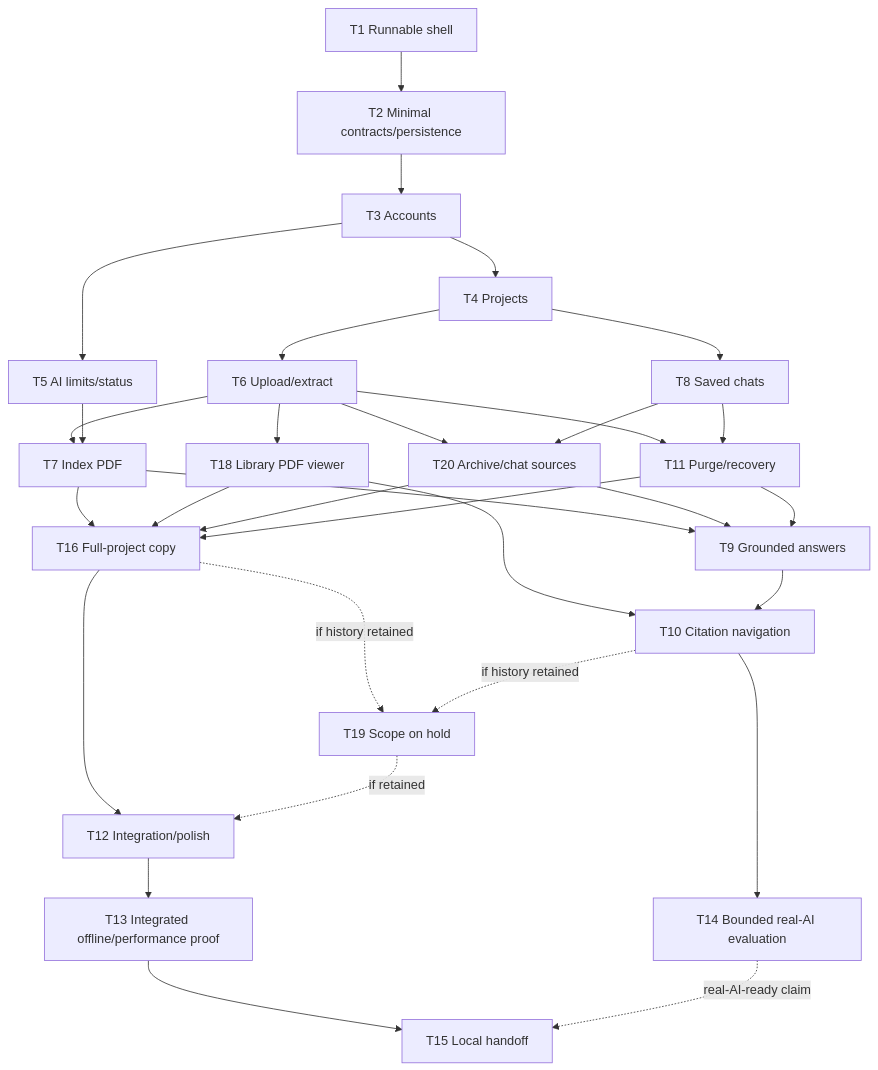
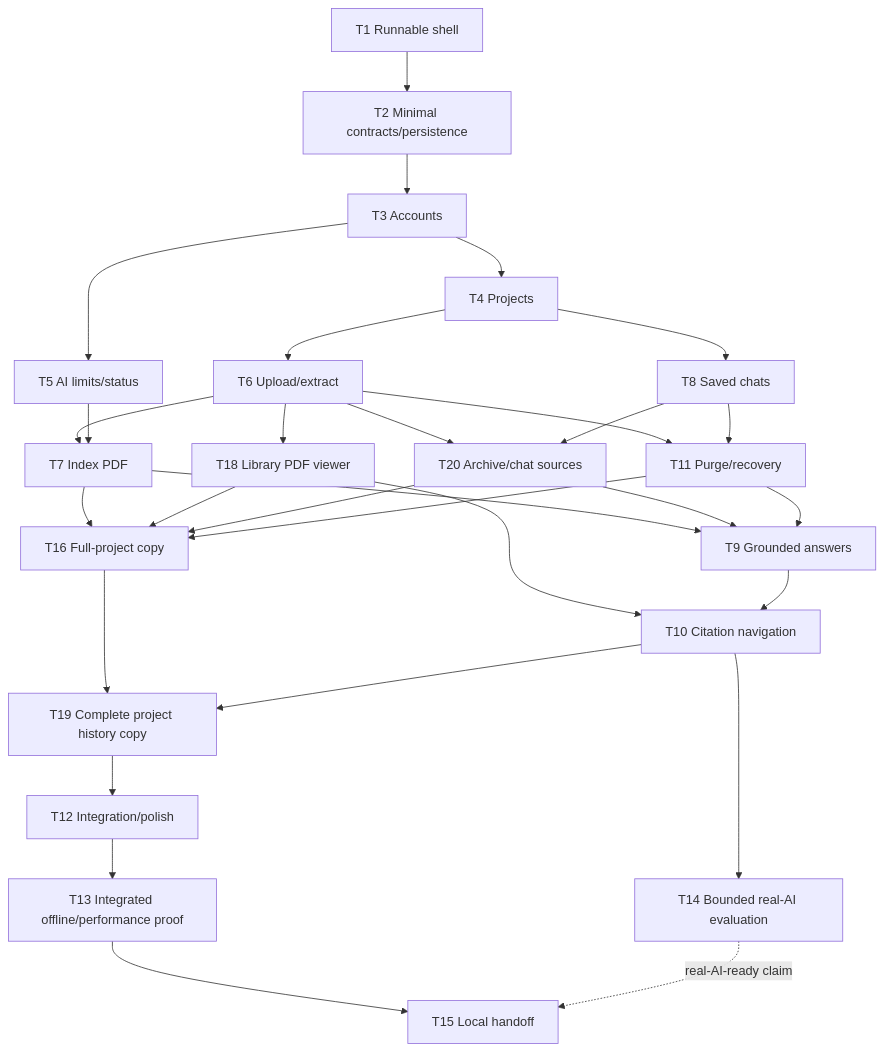
The diagram in docs/roadmap.md (igrgin/ai-knowledge-base), drawn with Mermaid before and after one commit. The commit also changed other lines of this file and 18 other files, not shown here.

Commit message:
require complete project copies including all saved chats

````diff
--- a/docs/roadmap.md
+++ b/docs/roadmap.md
@@ -78,33 +78,32 @@
 ```mermaid
 flowchart TD
   T1["T1 Runnable shell"] --> T2["T2 Minimal contracts/persistence"]
   T2 --> T3["T3 Accounts"]
   T3 --> T4["T4 Projects"]
   T3 --> T5["T5 AI limits/status"]
   T4 --> T6["T6 Upload/extract"]
   T4 --> T8["T8 Saved chats"]
   T6 --> T7["T7 Index PDF"]
   T5 --> T7
   T6 --> T18["T18 Library PDF viewer"]
   T6 --> T20["T20 Archive/chat sources"]
   T8 --> T20
   T6 --> T11["T11 Purge/recovery"]
   T8 --> T11
   T7 --> T9["T9 Grounded answers"]
   T20 --> T9
   T11 --> T9
   T18 --> T10["T10 Citation navigation"]
   T9 --> T10
   T7 --> T16["T16 Full-project copy"]
   T18 --> T16
   T20 --> T16
   T11 --> T16
-  T16 -. if history retained .-> T19["T19 Scope on hold"]
-  T10 -. if history retained .-> T19
-  T16 --> T12["T12 Integration/polish"]
-  T19 -. if retained .-> T12
+  T16 --> T19["T19 Complete project history copy"]
+  T10 --> T19
+  T19 --> T12["T12 Integration/polish"]
   T12 --> T13["T13 Integrated offline/performance proof"]
   T10 --> T14["T14 Bounded real-AI evaluation"]
   T13 --> T15["T15 Local handoff"]
   T14 -. "real-AI-ready claim" .-> T15
 ```
````
